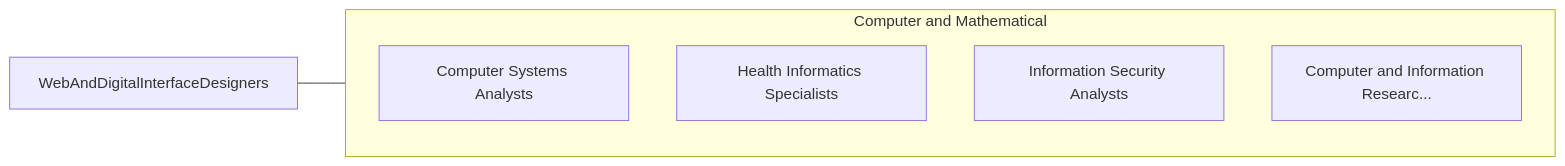
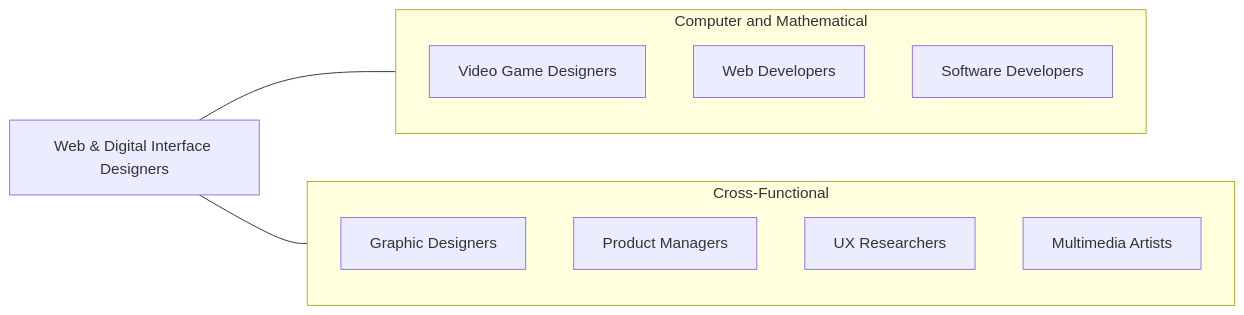
Before and after one commit to kziemski/business.org.ai: the third of 4 diagrams in occupations/Technology/WebAndDigitalInterfaceDesigners.mdx, drawn with Mermaid. The commit also changed other lines of this file and 938 other files, not shown here.

````diff
--- a/occupations/Technology/WebAndDigitalInterfaceDesigners.mdx
+++ b/occupations/Technology/WebAndDigitalInterfaceDesigners.mdx
@@ -110,13 +207,20 @@
 ```mermaid
 graph LR
-    Current["WebAndDigitalInterfaceDesigners"]
+    Current["Web & Digital Interface Designers"]
 
     subgraph SameCategory["Computer and Mathematical"]
-        ComputerSystemsAnaly["Computer Systems Analysts"]
-        HealthInformaticsSpe["Health Informatics Specialists"]
-        InformationSecurityA["Information Security Analysts"]
-        ComputerAndInformati["Computer and Information Researc..."]
+        VGD["Video Game Designers"]
+        WD["Web Developers"]
+        SD["Software Developers"]
+    end
+
+    subgraph CrossFunctional["Cross-Functional"]
+        GD["Graphic Designers"]
+        PM["Product Managers"]
+        UXR["UX Researchers"]
+        MM["Multimedia Artists"]
     end
 
     Current --- SameCategory
+    Current --- CrossFunctional
 ```
````
